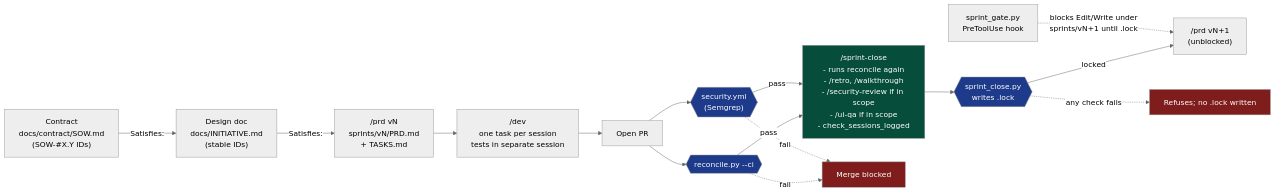
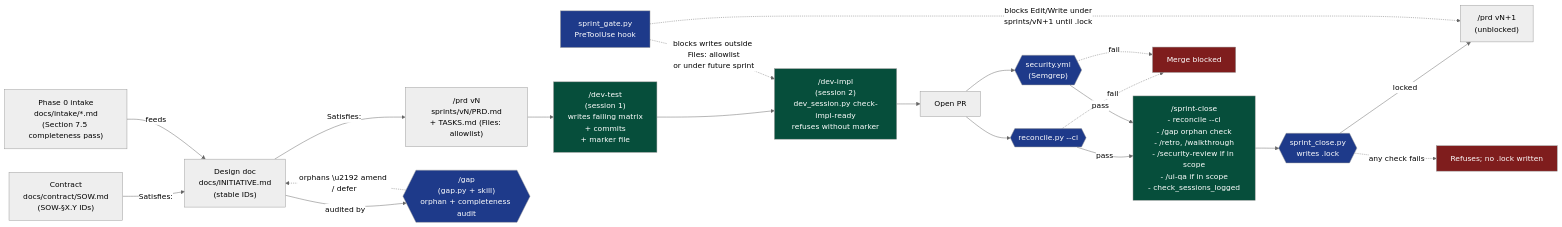
The diagram in README.md (colaberry/ai-assisted-development-method), drawn with Mermaid (neutral theme) before and after one commit. The commit also changed other lines of this file and 16 other files, not shown here.

````diff
--- a/README.md
+++ b/README.md
@@ -46,31 +49,44 @@
 ```mermaid
 flowchart LR
+    SOW["Contract<br/>docs/contract/SOW.md<br/>(SOW-§X.Y IDs)"] -->|"Satisfies:"| Design
+    Intake["Phase 0 intake<br/>docs/intake/*.md<br/>(Section 7.5 completeness pass)"] -->|"feeds"| Design
+
     Design["Design doc<br/>docs/INITIATIVE.md<br/>(stable IDs)"] -->|"Satisfies:"| PRD
-    SOW["Contract<br/>docs/contract/SOW.md<br/>(SOW-#X.Y IDs)"] -->|"Satisfies:"| Design
+    Design -->|"audited by"| Gap
 
-    PRD["/prd vN<br/>sprints/vN/PRD.md<br/>+ TASKS.md"]
-    PRD --> Dev["/dev<br/>one task per session<br/>tests in separate session"]
+    Gap{{"/gap<br/>(gap.py + skill)<br/>orphan + completeness audit"}}
+    Gap -.->|"orphans \u2192 amend / defer"| Design
 
-    Dev --> PR["Open PR"]
+    PRD["/prd vN<br/>sprints/vN/PRD.md<br/>+ TASKS.md (Files: allowlist)"]
+    PRD --> Test["/dev-test<br/>(session 1)<br/>writes failing matrix<br/>+ commits<br/>+ marker file"]
+    Test --> Impl["/dev-impl<br/>(session 2)<br/>dev_session.py check-impl-ready<br/>refuses without marker"]
+
+    Impl --> PR["Open PR"]
+
+    Hook["sprint_gate.py<br/>PreToolUse hook"] -.->|"blocks writes outside Files: allowlist<br/>or under future sprint"| Impl
 
     PR --> GR{{"reconcile.py --ci"}}
     PR --> GS{{"security.yml<br/>(Semgrep)"}}
     GR -->|"pass"| Close
     GS -->|"pass"| Close
     GR -.->|"fail"| Block["Merge blocked"]
     GS -.->|"fail"| Block
 
-    Close["/sprint-close<br/>- runs reconcile again<br/>- /retro, /walkthrough<br/>- /security-review if in scope<br/>- /ui-qa if in scope<br/>- check_sessions_logged"]
+    Close["/sprint-close<br/>- reconcile --ci<br/>- /gap orphan check<br/>- /retro, /walkthrough<br/>- /security-review if in scope<br/>- /ui-qa if in scope<br/>- check_sessions_logged"]
     Close --> Lock{{"sprint_close.py<br/>writes .lock"}}
     Lock -->|"locked"| NextPRD["/prd vN+1<br/>(unblocked)"]
     Lock -.->|"any check fails"| Refuse["Refuses; no .lock written"]
 
-    Hook["sprint_gate.py<br/>PreToolUse hook"] -.->|"blocks Edit/Write under<br/>sprints/vN+1 until .lock"| NextPRD
+    Hook -.->|"blocks Edit/Write under<br/>sprints/vN+1 until .lock"| NextPRD
 
     style GR fill:#1e3a8a,color:#fff
     style GS fill:#1e3a8a,color:#fff
     style Lock fill:#1e3a8a,color:#fff
+    style Gap fill:#1e3a8a,color:#fff
+    style Hook fill:#1e3a8a,color:#fff
     style Block fill:#7f1d1d,color:#fff
     style Refuse fill:#7f1d1d,color:#fff
     style Close fill:#064e3b,color:#fff
+    style Test fill:#064e3b,color:#fff
+    style Impl fill:#064e3b,color:#fff
 ```
````
